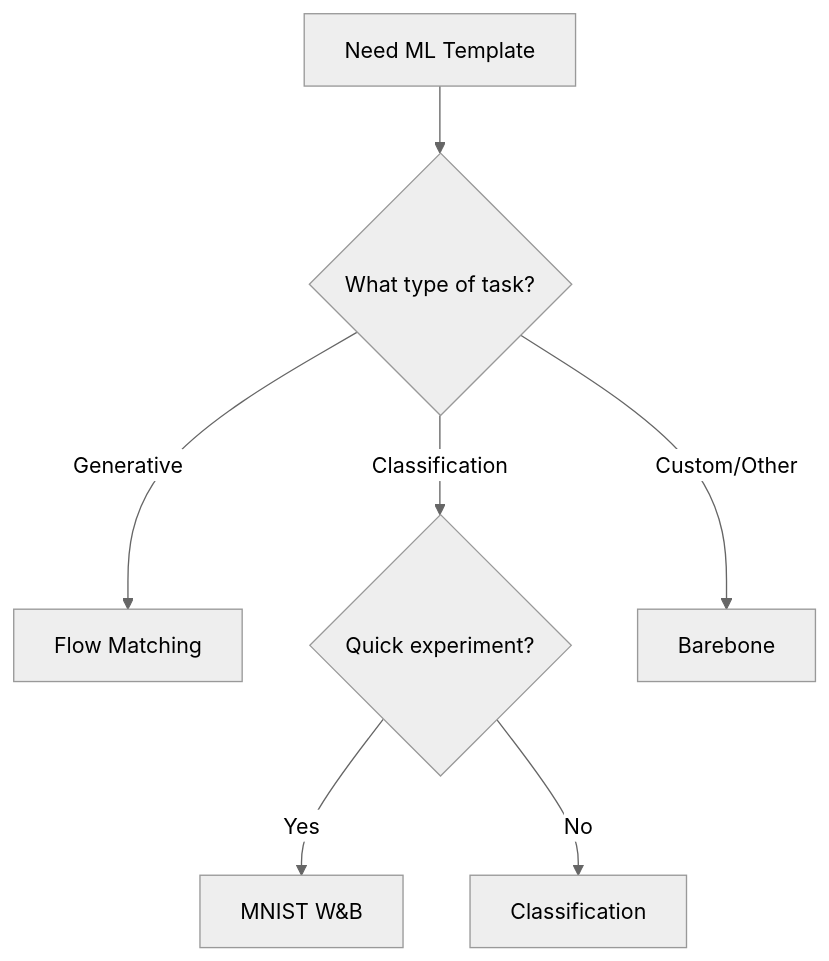
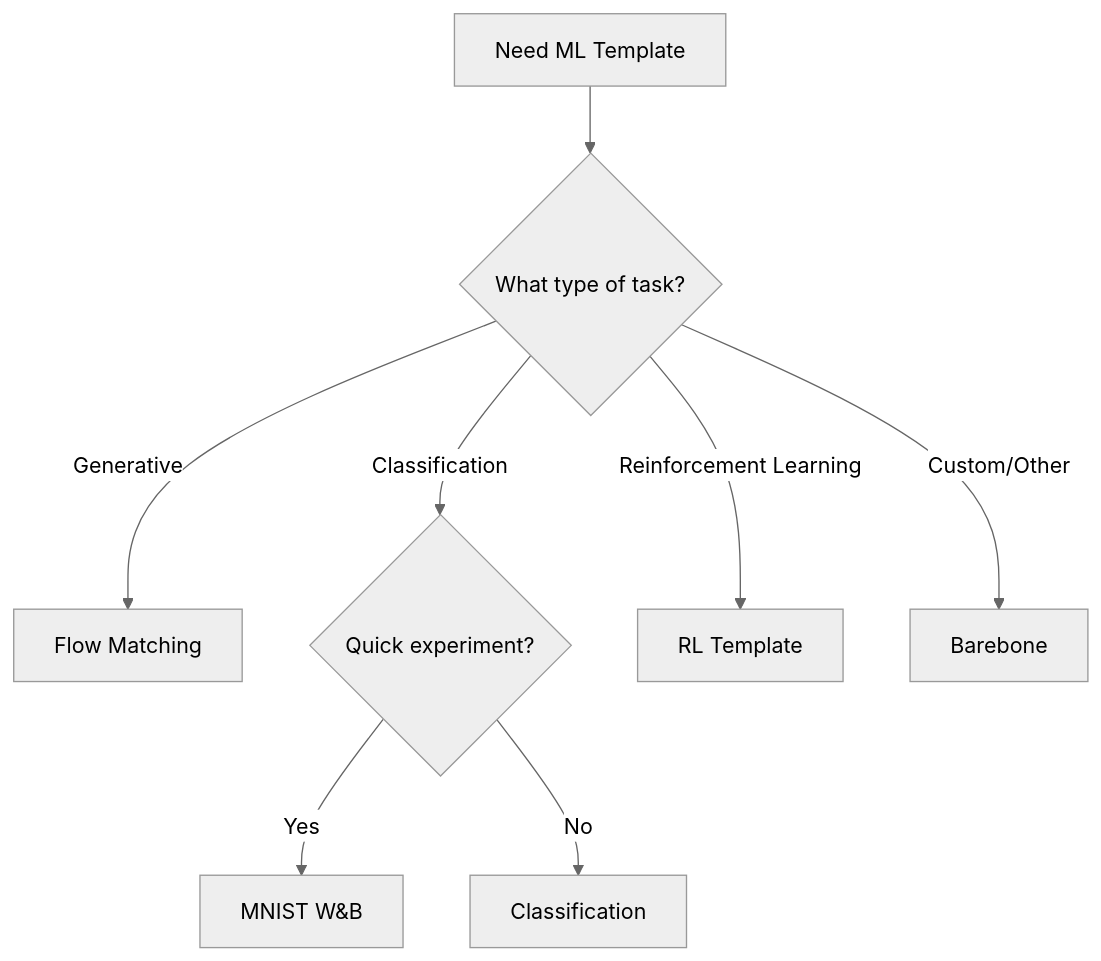
One commit to MoustHolmes/cookiecutter-ml-templates changed the diagram in docs/available-templates/overview.md. Above: the diagram before and after it, drawn with Mermaid (neutral theme). The commit also changed other lines of this file and 89 other files, not shown here.

Commit message:
Added Reinforcement learning templates

````diff
--- a/docs/available-templates/overview.md
+++ b/docs/available-templates/overview.md
@@ -165,9 +205,10 @@
 ```mermaid
 graph TD
     A[Need ML Template] --> B{What type of task?}
     B -->|Generative| C[Flow Matching]
     B -->|Classification| D{Quick experiment?}
+    B -->|Reinforcement Learning| H[RL Template]
     B -->|Custom/Other| E[Barebone]
     D -->|Yes| F[MNIST W&B]
     D -->|No| G[Classification]
 ```
````
